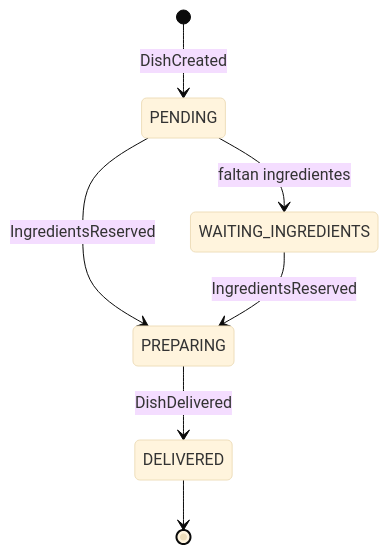
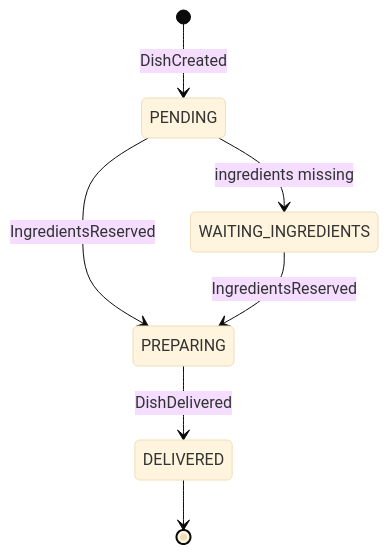
One commit to miguelcamargo9/free-lunch-day changed the second of 2 diagrams in docs/PLANNING.md. Above: the diagram before and after it, drawn with Mermaid (base theme). The commit also changed other lines of this file and 7 other files, not shown here.

Commit message:
docs: translate planning, architecture, ADRs and README to English

````diff
--- a/docs/PLANNING.md
+++ b/docs/PLANNING.md
@@ -68,9 +68,9 @@
 ```mermaid
 stateDiagram-v2
   [*] --> PENDING: DishCreated
-  PENDING --> WAITING_INGREDIENTS: faltan ingredientes
+  PENDING --> WAITING_INGREDIENTS: ingredients missing
   PENDING --> PREPARING: IngredientsReserved
   WAITING_INGREDIENTS --> PREPARING: IngredientsReserved
   PREPARING --> DELIVERED: DishDelivered
   DELIVERED --> [*]
 ```
````
